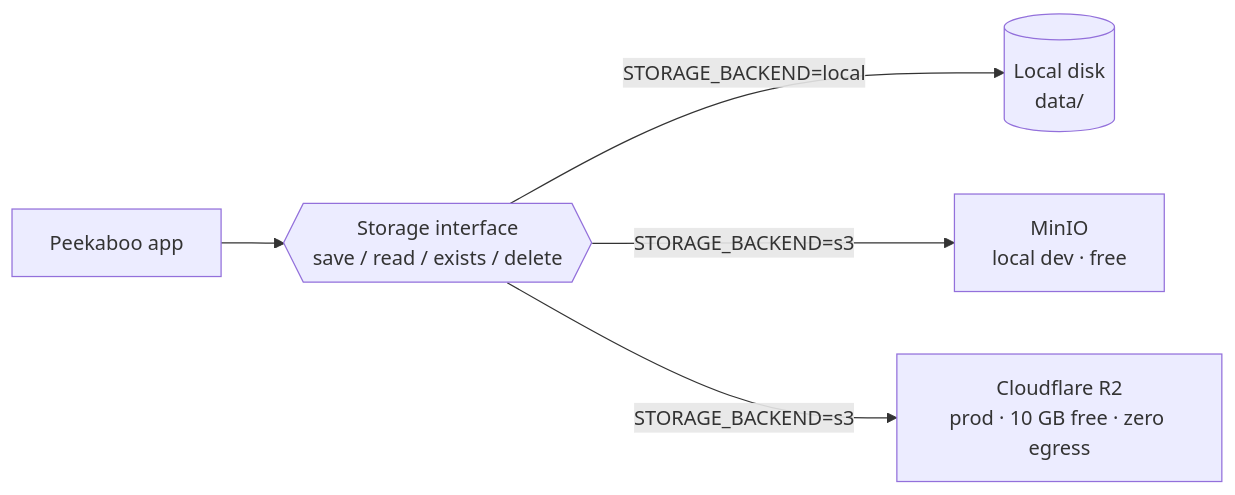
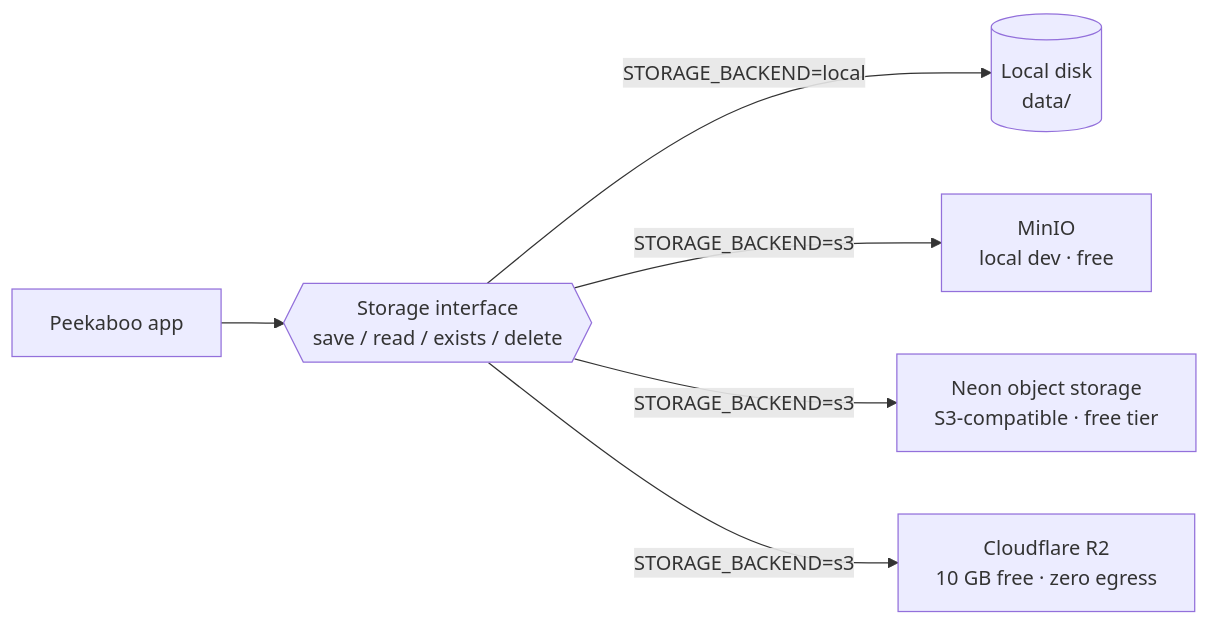
One commit to KumarAnubhav64/peekaboo changed the first of 8 diagrams in README.md. Above: the diagram before and after it, drawn with Mermaid. The commit also changed other lines of this file and 3 other files, not shown here.

First line of the commit message:
Storage: Neon S3-compatible object storage backend

````diff
--- a/README.md
+++ b/README.md
@@ -21,7 +21,8 @@
 ```mermaid
 flowchart LR
     APP[Peekaboo app] --> IF{{Storage interface<br/>save / read / exists / delete}}
     IF -->|STORAGE_BACKEND=local| FS[(Local disk<br/>data/)]
     IF -->|STORAGE_BACKEND=s3| MINIO[MinIO<br/>local dev · free]
-    IF -->|STORAGE_BACKEND=s3| R2[Cloudflare R2<br/>prod · 10 GB free · zero egress]
+    IF -->|STORAGE_BACKEND=s3| NEON[Neon object storage<br/>S3-compatible · free tier]
+    IF -->|STORAGE_BACKEND=s3| R2[Cloudflare R2<br/>10 GB free · zero egress]
 ```
````
